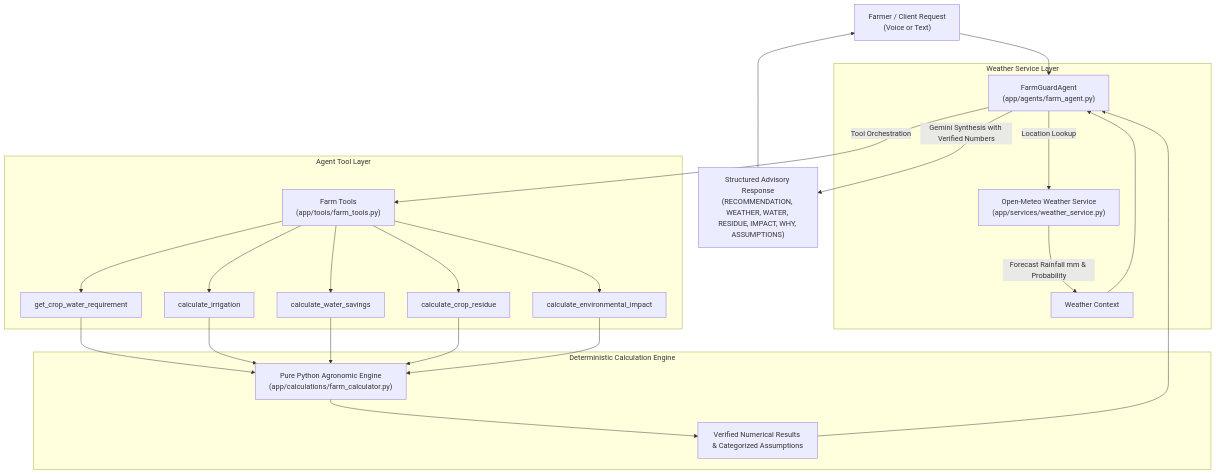
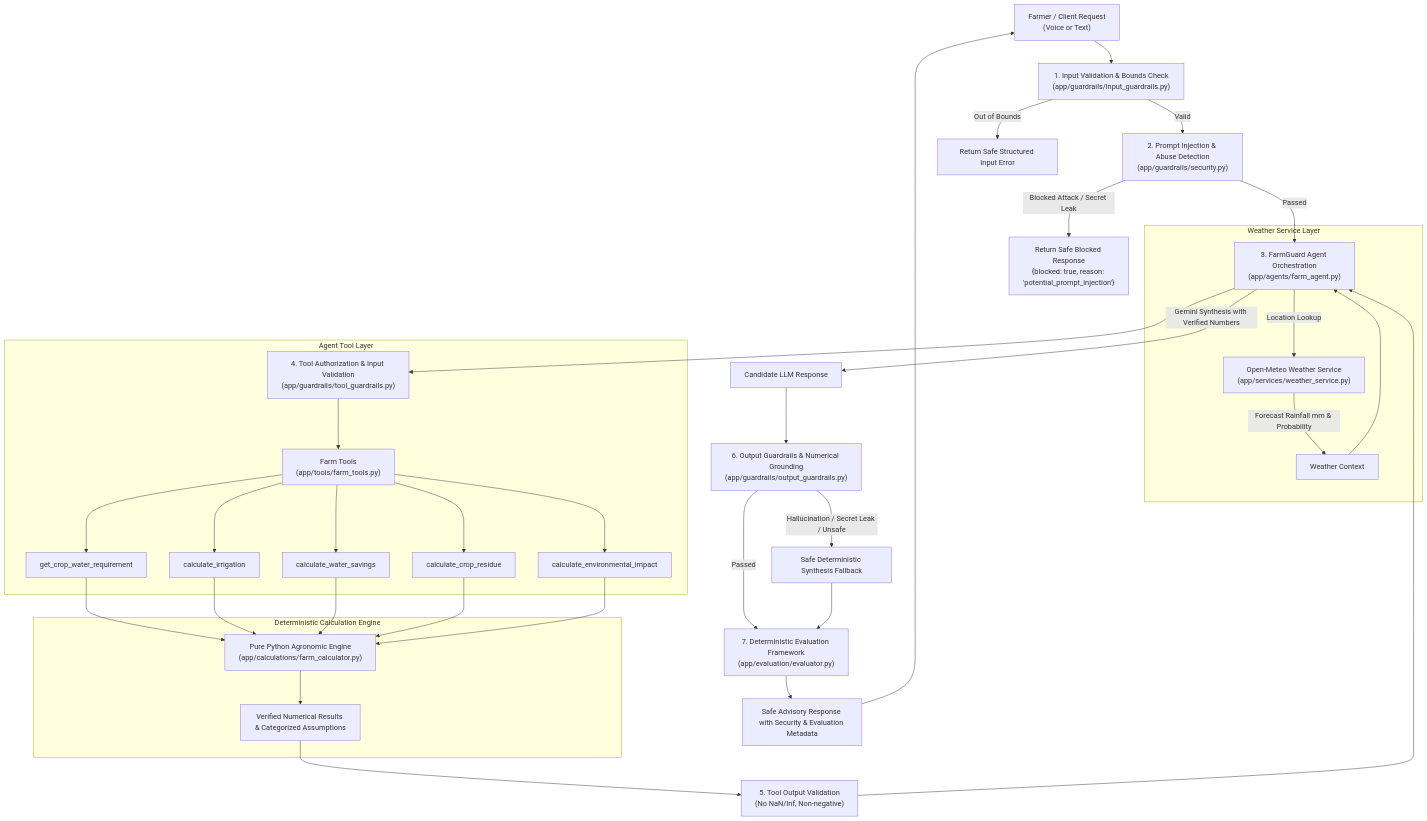
One commit to Ankushh0027/FarmGuard-AI changed the diagram in docs/architecture.md. Above: the diagram before and after it, drawn with Mermaid. The commit also changed other lines of this file and 15 other files, not shown here.

Commit message:
feat: add AI security guardrails and LLM evaluation

````diff
--- a/docs/architecture.md
+++ b/docs/architecture.md
@@ -21,28 +21,43 @@
 ```mermaid
 flowchart TD
-    User["Farmer / Client Request\n(Voice or Text)"] --> Agent["FarmGuardAgent\n(app/agents/farm_agent.py)"]
+    User["Farmer / Client Request\n(Voice or Text)"] --> InputGuard["1. Input Validation & Bounds Check\n(app/guardrails/input_guardrails.py)"]
+    InputGuard -->|Valid| PromptGuard["2. Prompt Injection & Abuse Detection\n(app/guardrails/security.py)"]
+    InputGuard -->|Out of Bounds| BlockedInput["Return Safe Structured Input Error"]
+    
+    PromptGuard -->|Blocked Attack / Secret Leak| BlockedResp["Return Safe Blocked Response\n{blocked: true, reason: 'potential_prompt_injection'}"]
+    PromptGuard -->|Passed| Agent["3. FarmGuard Agent Orchestration\n(app/agents/farm_agent.py)"]
     
     subgraph Weather Service Layer
         Agent -->|Location Lookup| WeatherService["Open-Meteo Weather Service\n(app/services/weather_service.py)"]
         WeatherService -->|Forecast Rainfall mm & Probability| WeatherData["Weather Context"]
     end
 
     subgraph Agent Tool Layer
-        Agent -->|Tool Orchestration| Tools["Farm Tools\n(app/tools/farm_tools.py)"]
+        Agent --> ToolAuth["4. Tool Authorization & Input Validation\n(app/guardrails/tool_guardrails.py)"]
+        ToolAuth --> Tools["Farm Tools\n(app/tools/farm_tools.py)"]
         Tools --> T1["get_crop_water_requirement"]
         Tools --> T2["calculate_irrigation"]
         Tools --> T3["calculate_water_savings"]
         Tools --> T4["calculate_crop_residue"]
         Tools --> T5["calculate_environmental_impact"]
     end
 
     subgraph Deterministic Calculation Engine
         T1 & T2 & T3 & T4 & T5 --> Engine["Pure Python Agronomic Engine\n(app/calculations/farm_calculator.py)"]
         Engine --> VerifiedResults["Verified Numerical Results & Categorized Assumptions"]
     end
 
-    VerifiedResults --> Agent
+    VerifiedResults --> ToolOutputGuard["5. Tool Output Validation\n(No NaN/Inf, Non-negative)"]
+    ToolOutputGuard --> Agent
     WeatherData --> Agent
-    Agent -->|Gemini Synthesis with Verified Numbers| StructuredAdvisory["Structured Advisory Response\n(RECOMMENDATION, WEATHER, WATER, RESIDUE, IMPACT, WHY, ASSUMPTIONS)"]
-    StructuredAdvisory --> User
+    
+    Agent -->|Gemini Synthesis with Verified Numbers| CandidateAdvisory["Candidate LLM Response"]
+    CandidateAdvisory --> OutputGuard["6. Output Guardrails & Numerical Grounding\n(app/guardrails/output_guardrails.py)"]
+    
+    OutputGuard -->|Passed| Eval["7. Deterministic Evaluation Framework\n(app/evaluation/evaluator.py)"]
+    OutputGuard -->|Hallucination / Secret Leak / Unsafe| Fallback["Safe Deterministic Synthesis Fallback"]
+    Fallback --> Eval
+    
+    Eval --> FinalResponse["Safe Advisory Response with Security & Evaluation Metadata"]
+    FinalResponse --> User
 ```
````
